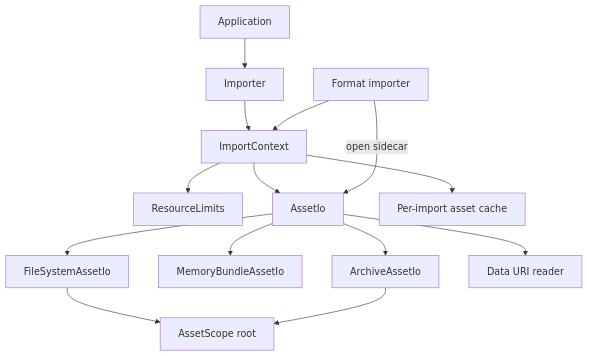
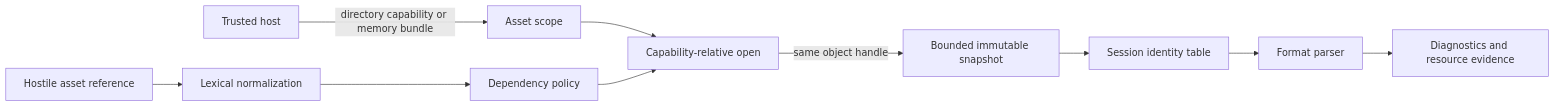
The first of 3 diagrams in docs/adr/0010-asset-io-virtual-filesystem-uri-archive-and-path-security.md (Latias94/baozi), drawn with Mermaid before and after one commit. The commit also changed other lines of this file and 978 other files, not shown here.

````diff
--- a/docs/adr/0010-asset-io-virtual-filesystem-uri-archive-and-path-security.md
+++ b/docs/adr/0010-asset-io-virtual-filesystem-uri-archive-and-path-security.md
@@ -45,19 +125,12 @@
 ```mermaid
-flowchart TD
-    App[Application] --> Importer[Importer]
-    Importer --> Context[ImportContext]
-    Context --> Limits[ResourceLimits]
-    Context --> Io[AssetIo]
-
-    Io --> Fs[FileSystemAssetIo]
-    Io --> Memory[MemoryBundleAssetIo]
-    Io --> Archive[ArchiveAssetIo]
-    Io --> DataUri[Data URI reader]
-
-    Fs --> Scope[AssetScope root]
-    Archive --> Scope
-    Context --> Cache[Per-import asset cache]
-
-    Format[Format importer] --> Context
-    Format -->|open sidecar| Io
+flowchart LR
+    Host[Trusted host] -->|directory capability or memory bundle| Scope[Asset scope]
+    Input[Hostile asset reference] --> Normalize[Lexical normalization]
+    Normalize --> Policy[Dependency policy]
+    Scope --> Open[Capability-relative open]
+    Policy --> Open
+    Open -->|same object handle| Snapshot[Bounded immutable snapshot]
+    Snapshot --> Cache[Session identity table]
+    Cache --> Parser[Format parser]
+    Parser --> Evidence[Diagnostics and resource evidence]
 ```
````
